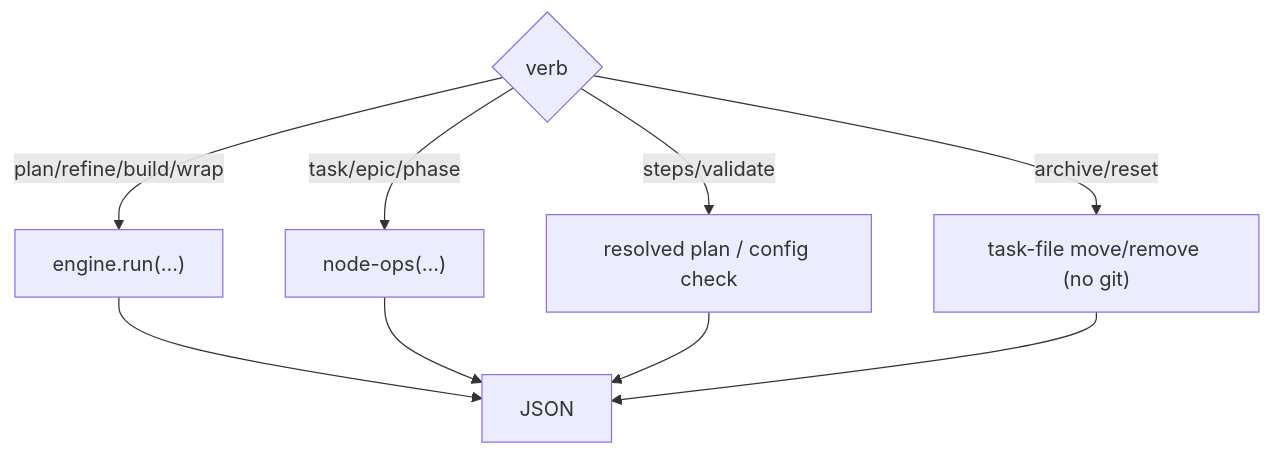
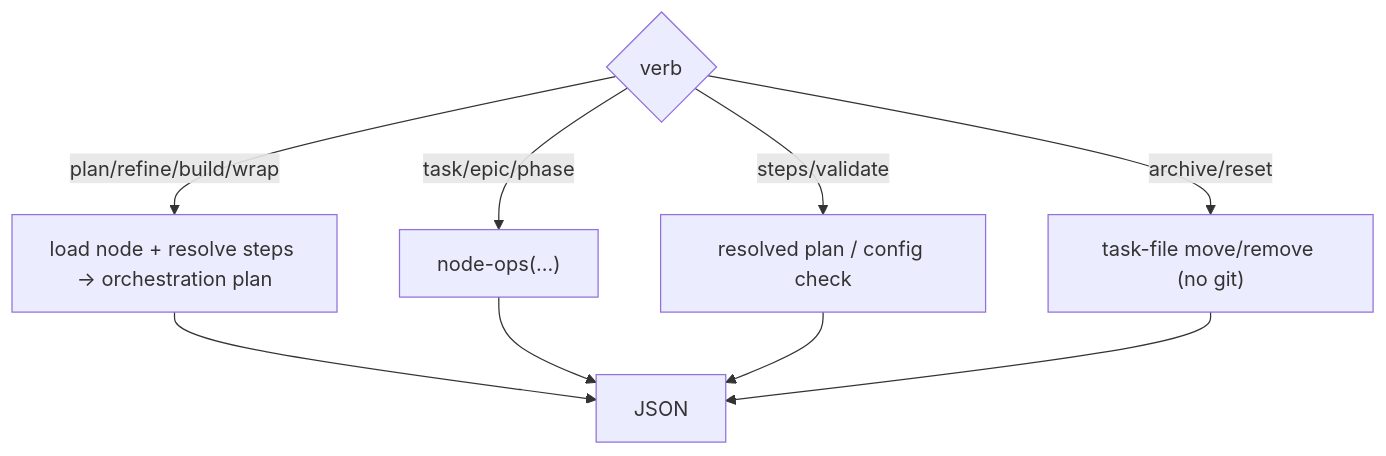
Before and after one commit to chafoo/anchored: the diagram in docs/core/cli/commands.md, drawn with Mermaid. The commit also changed other lines of this file and 18 other files, not shown here.

First line of the commit message:
docs(remove-headless-engine-path): sync docs (wrap)

````diff
--- a/docs/core/cli/commands.md
+++ b/docs/core/cli/commands.md
@@ -32,11 +34,11 @@
 ```mermaid
 flowchart TB
-    v{"verb"} -->|plan/refine/build/wrap| eng["engine.run(...)"]
+    v{"verb"} -->|plan/refine/build/wrap| eng["load node + resolve steps → orchestration plan"]
     v -->|task/epic/phase <op>| ops["node-ops(...)"]
     v -->|steps/validate| insp["resolved plan / config check"]
     v -->|archive/reset| fs["task-file move/remove (no git)"]
     eng --> j["JSON"]
     ops --> j
     insp --> j
     fs --> j
 ```
````
